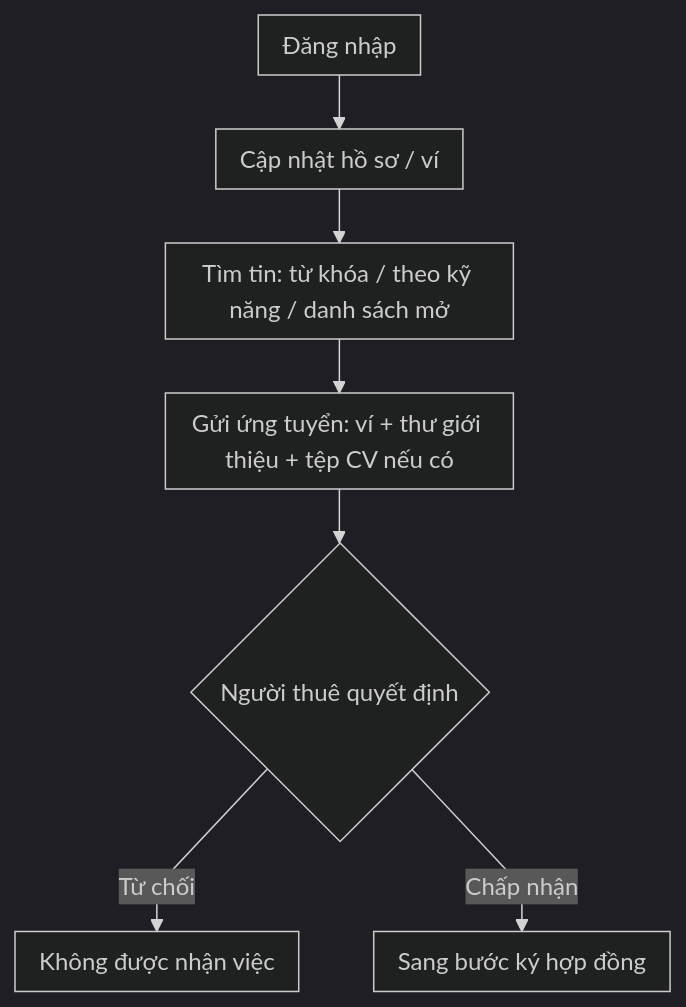
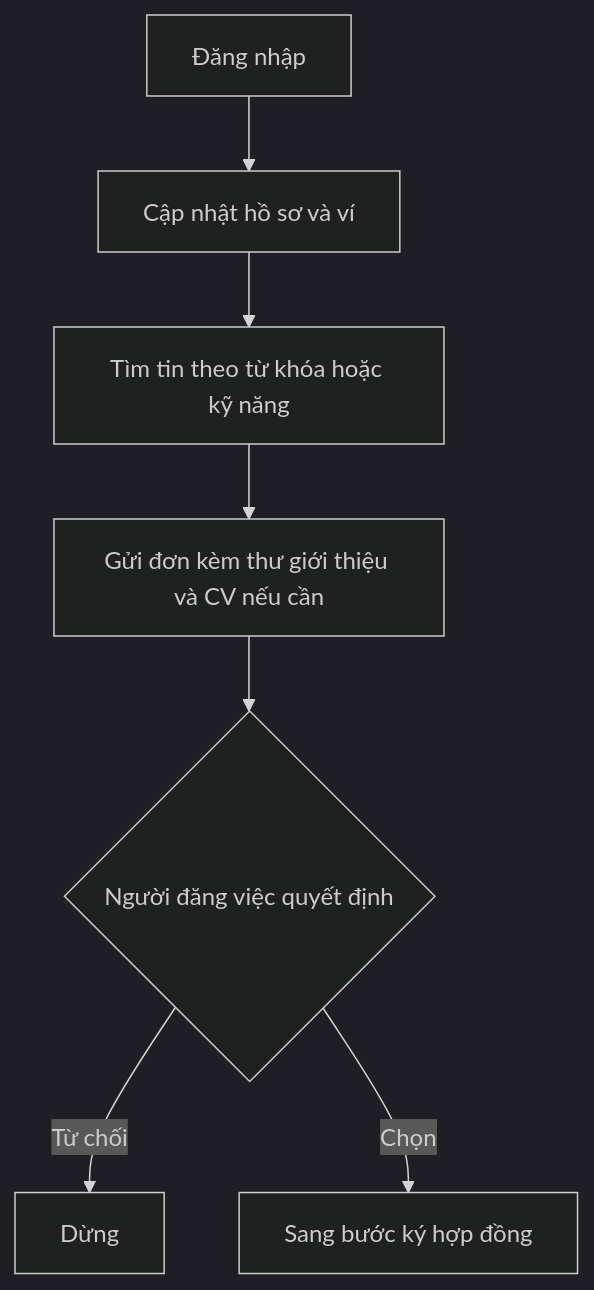
One commit to dmt041104111003/docs-nckh changed the first of 4 diagrams in freelancer.md. Above: the diagram before and after it, drawn with Mermaid (dark theme). The commit also changed other lines of this file and 8 other files, not shown here.

````diff
--- a/freelancer.md
+++ b/freelancer.md
@@ -15,10 +13,9 @@
 ```mermaid
-%%{init: {"flowchart": {"curve": "linear", "padding": 8, "rankSpacing": 36}}}%%
 flowchart TB
-  A[Đăng nhập] --> B[Cập nhật hồ sơ / ví]
-  B --> C[Tìm tin: từ khóa / theo kỹ năng / danh sách mở]
-  C --> D[Gửi ứng tuyển: ví + thư giới thiệu + tệp CV nếu có]
-  D --> E{Người thuê quyết định}
-  E -->|Từ chối| F[Không được nhận việc]
-  E -->|Chấp nhận| G[Sang bước ký hợp đồng]
+  A[Đăng nhập] --> B[Cập nhật hồ sơ và ví]
+  B --> C[Tìm tin theo từ khóa hoặc kỹ năng]
+  C --> D[Gửi đơn kèm thư giới thiệu và CV nếu cần]
+  D --> E{Người đăng việc quyết định}
+  E -->|Từ chối| F[Dừng]
+  E -->|Chọn| G[Sang bước ký hợp đồng]
 ```
````
